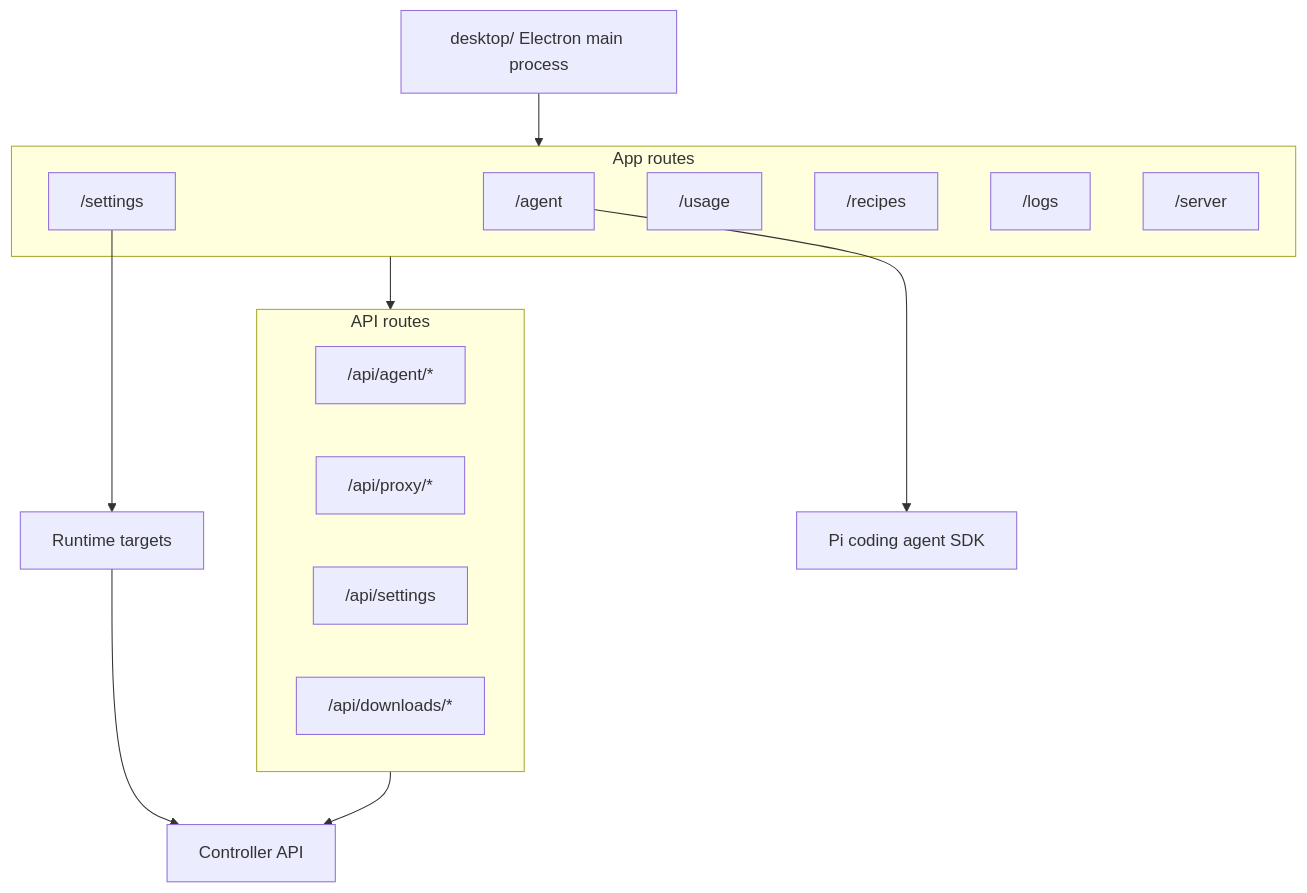
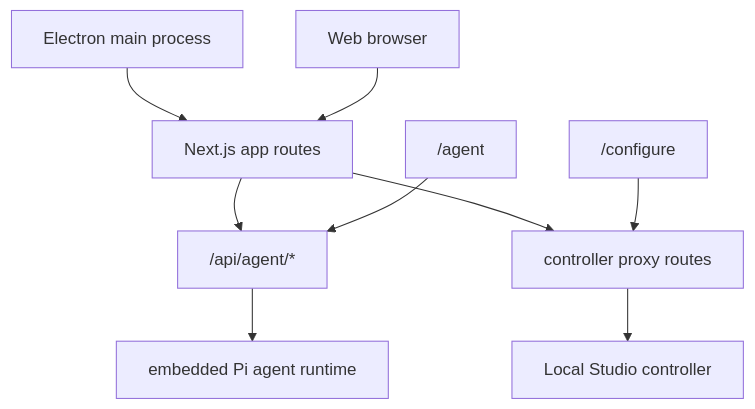
The diagram in frontend/README.md (0xSero/vllm-studio), drawn with Mermaid before and after one commit. The commit also changed other lines of this file and 4 other files, not shown here.

Commit message:
docs: document the Local Studio 2.0 surface

````diff
--- a/frontend/README.md
+++ b/frontend/README.md
@@ -26,25 +22,11 @@
 ```mermaid
 flowchart TB
-    subgraph UI["App routes"]
-        Agent["/agent"]
-        Settings["/settings"]
-        Usage["/usage"]
-        Recipes["/recipes"]
-        Logs["/logs"]
-        Server["/server"]
-    end
-
-    subgraph APIs["API routes"]
-        AgentApi["/api/agent/*"]
-        ProxyApi["/api/proxy/*"]
-        SettingsApi["/api/settings"]
-        DownloadsApi["/api/downloads/*"]
-    end
-
-    UI --> APIs
-    APIs --> Controller["Controller API"]
-    Settings --> Targets["Runtime targets"]
-    Targets --> Controller
-    Agent --> Pi["Pi coding agent SDK"]
-    Desktop["desktop/ Electron main process"] --> UI
+    Desktop["Electron main process"] --> Routes["Next.js app routes"]
+    Browser["Web browser"] --> Routes
+    Routes --> AgentApi["/api/agent/*"]
+    Routes --> ControllerApi["controller proxy routes"]
+    AgentApi --> Pi["embedded Pi agent runtime"]
+    ControllerApi --> Controller["Local Studio controller"]
+    Configure["/configure"] --> ControllerApi
+    Workbench["/agent"] --> AgentApi
 ```
````
